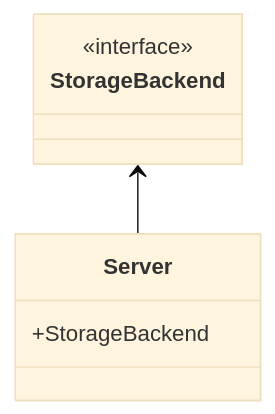
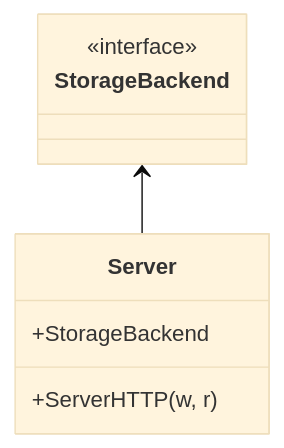
Before and after one commit to thijzert/chesseract: the diagram in doc/domain-model/web-plumbing.mermaid, drawn with Mermaid (base theme). The commit also changed 2 other files, not shown here.

Commit message:
Tweak graphs: remove features added in mermaid 8.11 while we're compiling on 8.9

```diff
--- a/doc/domain-model/web-plumbing.mermaid
+++ b/doc/domain-model/web-plumbing.mermaid
@@ -1,11 +1,12 @@
 classDiagram
 
 class StorageBackend {
 	<<interface>>
 }
 
 class Server {
 	+StorageBackend
+	+ServerHTTP(w, r)
 }
 
 StorageBackend <-- Server
```
